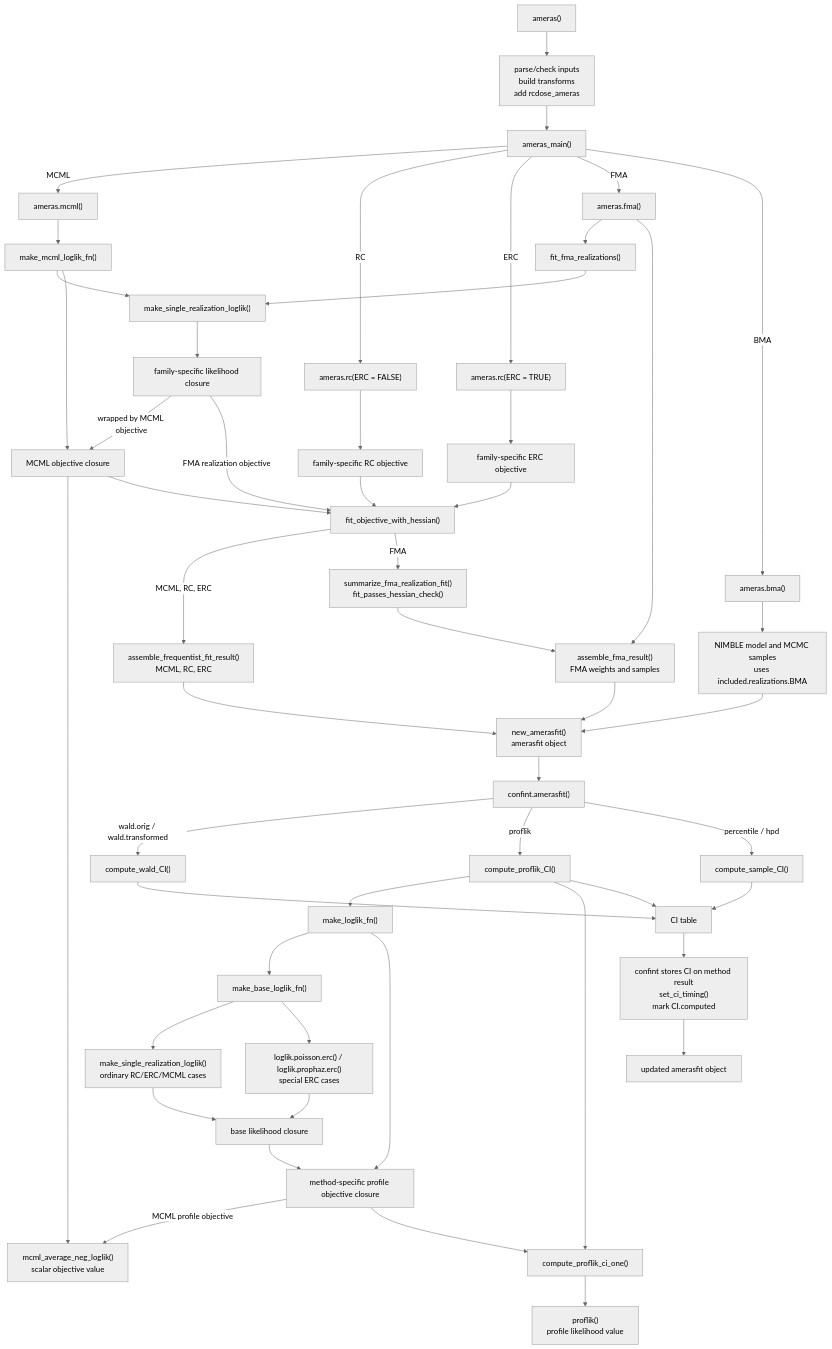
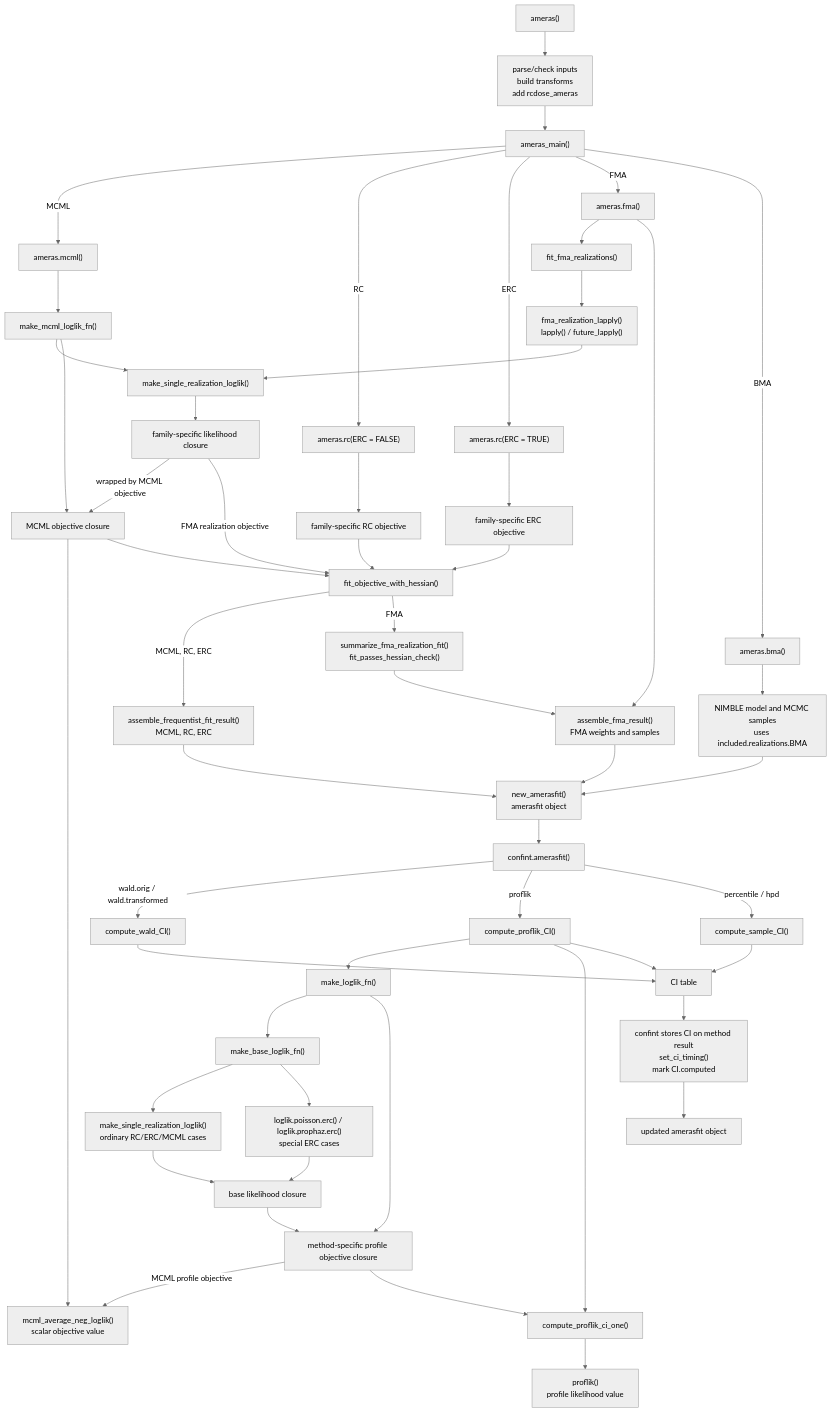
The diagram in developer-notes/helper-flow.md (sanderroberti/ameras), drawn with Mermaid (neutral theme) before and after one commit. The commit also changed other lines of this file and 8 other files, not shown here.

Commit message:
Add future-backed FMA fitting

````diff
--- a/developer-notes/helper-flow.md
+++ b/developer-notes/helper-flow.md
@@ -9,62 +9,63 @@
 ```mermaid
 flowchart TD
   A["ameras()"] --> B["parse/check inputs<br/>build transforms<br/>add rcdose_ameras"]
   B --> C["ameras_main()"]
 
   C -->|MCML| D["ameras.mcml()"]
   C -->|RC| E["ameras.rc(ERC = FALSE)"]
   C -->|ERC| F["ameras.rc(ERC = TRUE)"]
   C -->|FMA| G["ameras.fma()"]
   C -->|BMA| H["ameras.bma()"]
 
   D --> I["make_mcml_loglik_fn()"]
   I --> J["make_single_realization_loglik()"]
   J --> JA["family-specific likelihood closure"]
   I --> JB["MCML objective closure"]
   JA -->|wrapped by MCML objective| JB
   JB --> AB["mcml_average_neg_loglik()<br/>scalar objective value"]
   JB --> N["fit_objective_with_hessian()"]
 
   E --> K["family-specific RC objective"]
   F --> L["family-specific ERC objective"]
   K --> N
   L --> N
 
   G --> M["fit_fma_realizations()"]
-  M --> J
+  M --> ML["fma_realization_lapply()<br/>lapply() / future_lapply()"]
+  ML --> J
   JA -->|FMA realization objective| N
 
   N -->|MCML, RC, ERC| O["assemble_frequentist_fit_result()<br/>MCML, RC, ERC"]
   N -->|FMA| P["summarize_fma_realization_fit()<br/>fit_passes_hessian_check()"]
 
   G --> Q["assemble_fma_result()<br/>FMA weights and samples"]
   P --> Q
   H --> R["NIMBLE model and MCMC samples<br/>uses included.realizations.BMA"]
 
   O --> S["new_amerasfit()<br/>amerasfit object"]
   Q --> S
   R --> S
 
   S --> T["confint.amerasfit()"]
   T -->|wald.orig / wald.transformed| U["compute_wald_CI()"]
   T -->|proflik| V["compute_proflik_CI()"]
   T -->|percentile / hpd| W["compute_sample_CI()"]
 
   V --> X["make_loglik_fn()"]
   X --> Y["make_base_loglik_fn()"]
   Y --> Z["make_single_realization_loglik()<br/>ordinary RC/ERC/MCML cases"]
   Y --> AA["loglik.poisson.erc() / loglik.prophaz.erc()<br/>special ERC cases"]
   Z --> AE["base likelihood closure"]
   AA --> AE
   X --> AF["method-specific profile objective closure"]
   AE --> AF
   AF -->|MCML profile objective| AB
   AF --> AC["compute_proflik_ci_one()"]
   V --> AC
   AC --> AD["proflik()<br/>profile likelihood value"]
   U --> AG["CI table"]
   V --> AG
   W --> AG
   AG --> AH["confint stores CI on method result<br/>set_ci_timing()<br/>mark CI.computed"]
   AH --> AI["updated amerasfit object"]
 ```
````
